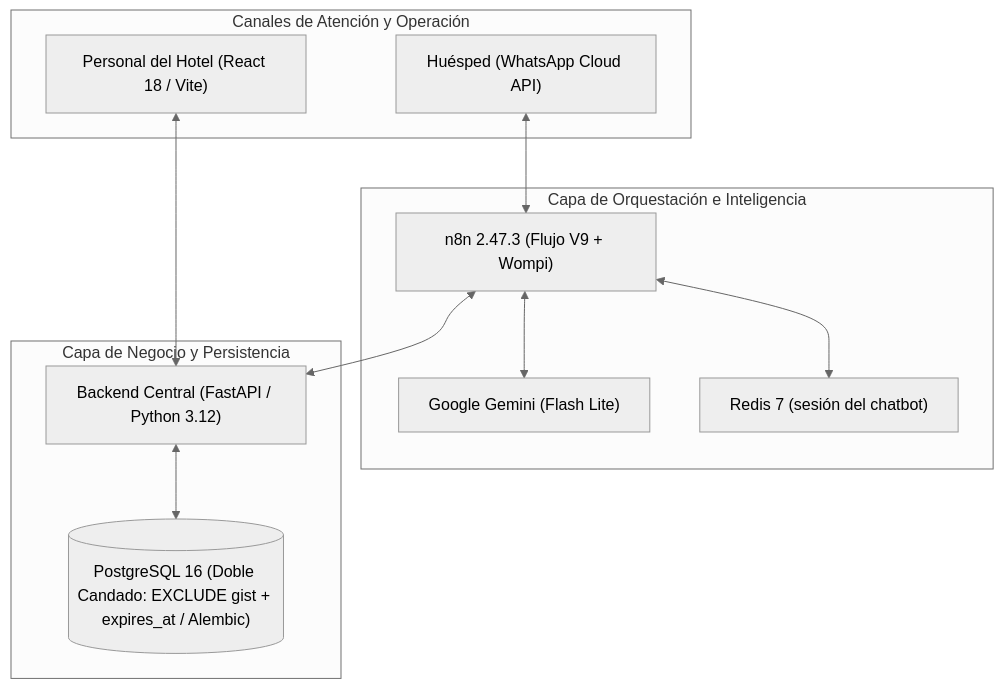
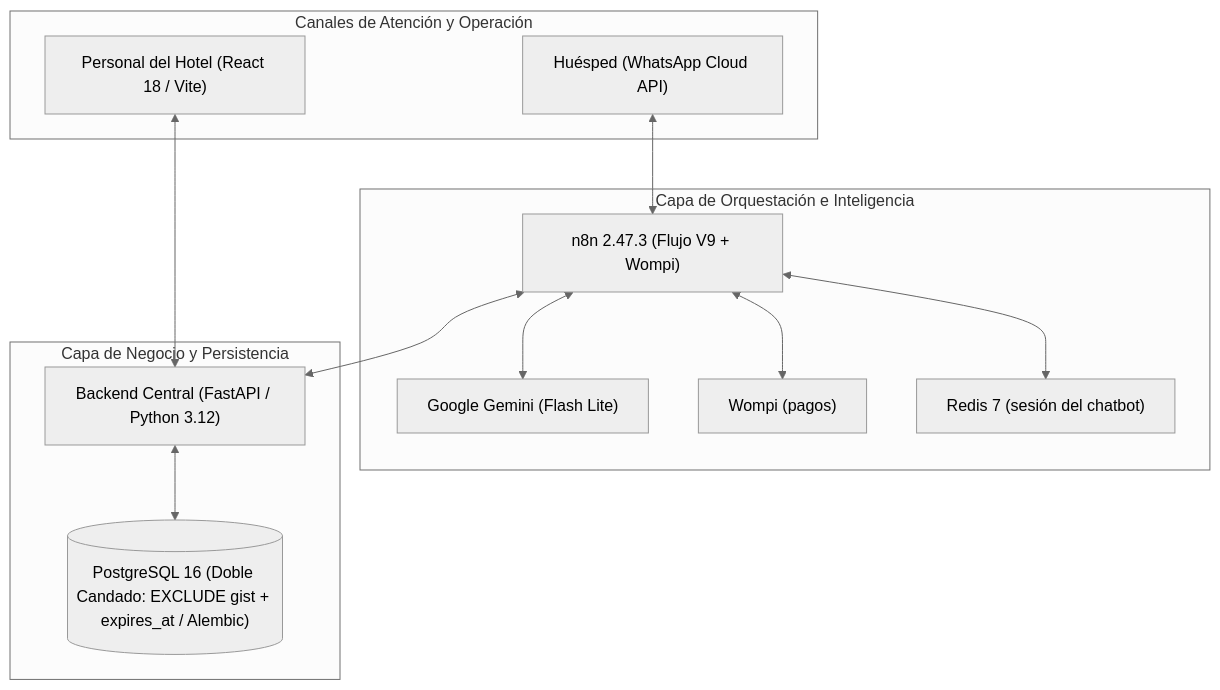
Before and after one commit to JuanJarias/SatoriPMS: the diagram in README.md, drawn with Mermaid (neutral theme). The commit also changed other lines of this file, not shown here.

````diff
--- a/README.md
+++ b/README.md
@@ -85,25 +92,27 @@
 ```mermaid
 flowchart TB
     subgraph Canales["Canales de Atención y Operación"]
         WA["Huésped (WhatsApp Cloud API)"]
         WEB["Personal del Hotel (React 18 / Vite)"]
     end
 
     subgraph Orquestacion["Capa de Orquestación e Inteligencia"]
         N8N["n8n 2.47.3 (Flujo V9 + Wompi)"]
         AI["Google Gemini (Flash Lite)"]
+        PAY["Wompi (pagos)"]
         REDIS["Redis 7 (sesión del chatbot)"]
         N8N <--> AI
+        N8N <--> PAY
         N8N <--> REDIS
     end
 
     subgraph Backend["Capa de Negocio y Persistencia"]
         API["Backend Central (FastAPI / Python 3.12)"]
         DB[("PostgreSQL 16 (Doble Candado: EXCLUDE gist + expires_at / Alembic)")]
     end
 
     WA <--> N8N
     N8N <--> API
     WEB <--> API
     API <--> DB
 ```
````
